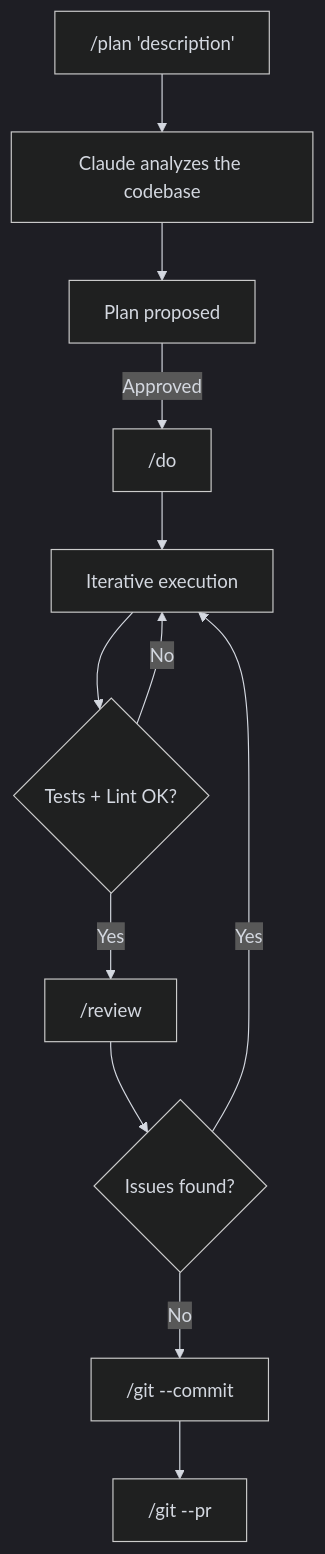
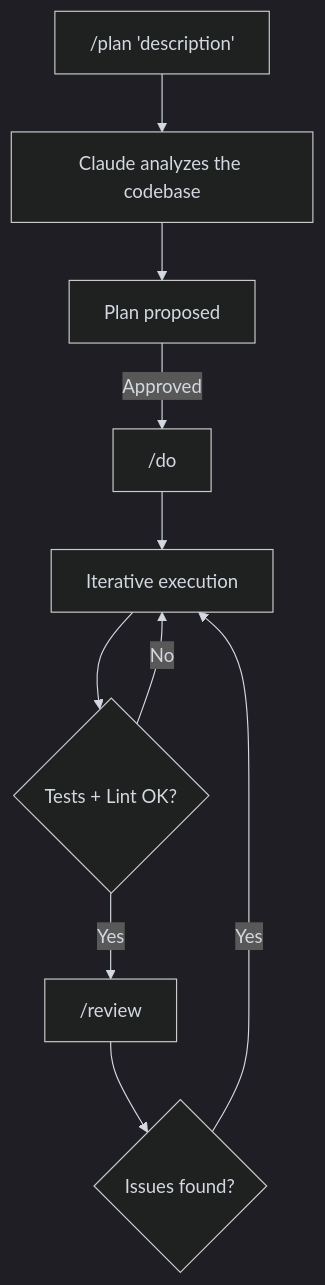
Before and after one commit to kodflow/3gpp-mcp: the diagram in docs/getting-started/workflow.md, drawn with Mermaid. The commit also changed other lines of this file and 12 other files, not shown here.

````diff
--- a/docs/getting-started/workflow.md
+++ b/docs/getting-started/workflow.md
@@ -7,21 +7,19 @@
 ```mermaid
 %%{init: {'theme': 'dark', 'themeVariables': {
   'primaryColor': '#9D76FB1a',
   'primaryBorderColor': '#9D76FB',
   'primaryTextColor': '#d4d8e0',
   'lineColor': '#d4d8e0',
   'textColor': '#d4d8e0'
 }}}%%
 flowchart TD
     A["/plan 'description'"] --> B[Claude analyzes the codebase]
     B --> C[Plan proposed]
     C -->|Approved| D["/do"]
     D --> E[Iterative execution]
     E --> F{Tests + Lint OK?}
     F -->|No| E
     F -->|Yes| G["/review"]
     G --> H{Issues found?}
     H -->|Yes| E
-    H -->|No| I["/git --commit"]
-    I --> J["/git --pr"]
 ```
````
